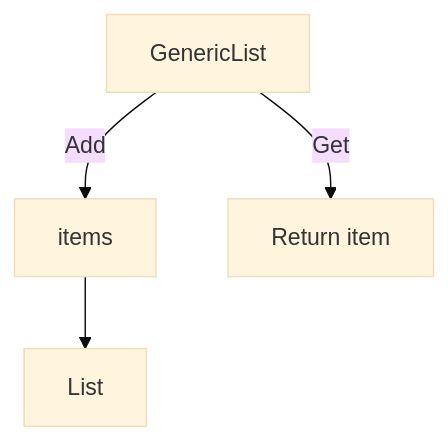
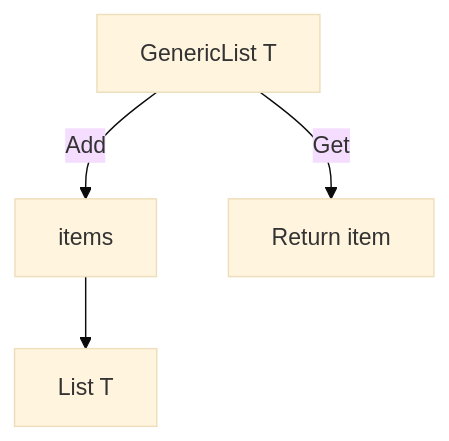
One commit to 42jerrykim/42jerrykim.github.io changed the seventh of 17 diagrams in content/post/2024/2024-10-16-csharp-object-oriented/index.md. Above: the diagram before and after it, drawn with Mermaid (base theme). The commit also changed other lines of this file and 239 other files, not shown here.

````diff
--- a/content/post/2024/2024-10-16-csharp-object-oriented/index.md
+++ b/content/post/2024/2024-10-16-csharp-object-oriented/index.md
@@ -846,6 +712,10 @@
 ```mermaid
-graph TD;
-    A[GenericList<T>] -->|Add| B[items]
-    A -->|Get| C[Return item]
-    B --> D[List<T>]
+graph TD
+    GenericList["GenericList T"]
+    Items[items]
+    ReturnItem["Return item"]
+    ListT["List T"]
+    GenericList -->|Add| Items
+    GenericList -->|Get| ReturnItem
+    Items --> ListT
 ```
````
